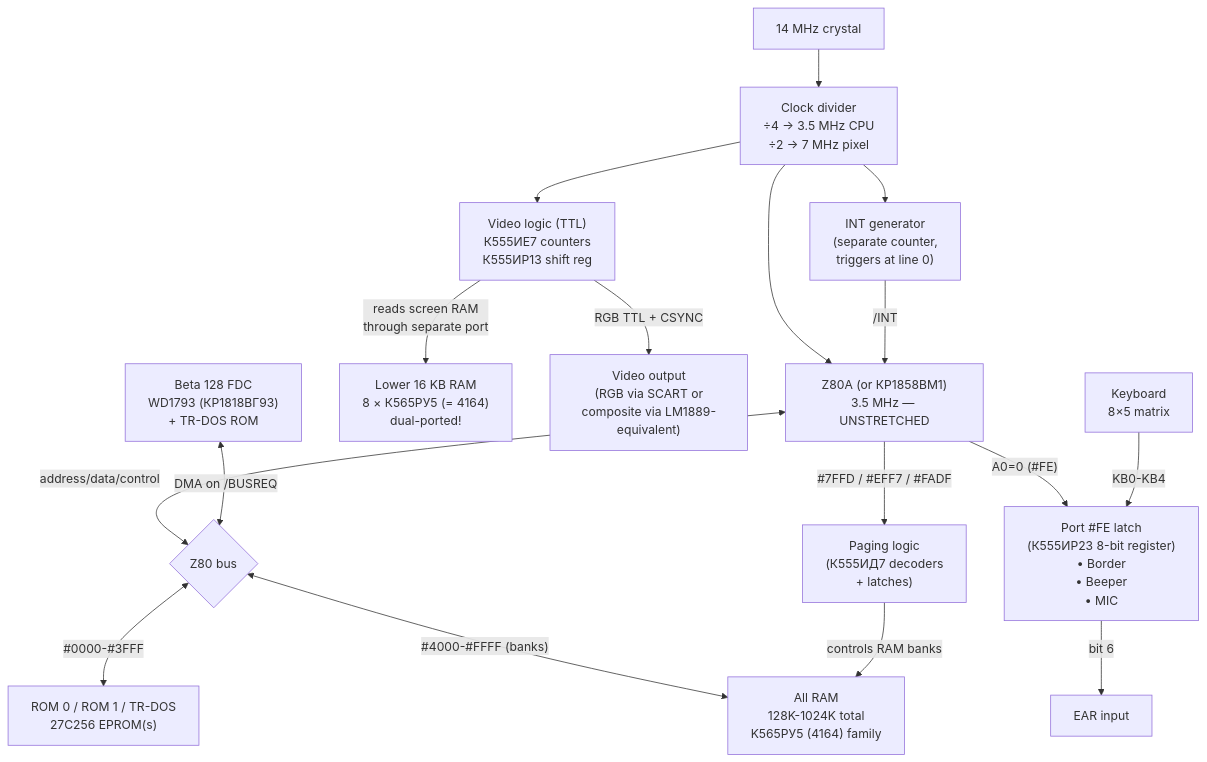
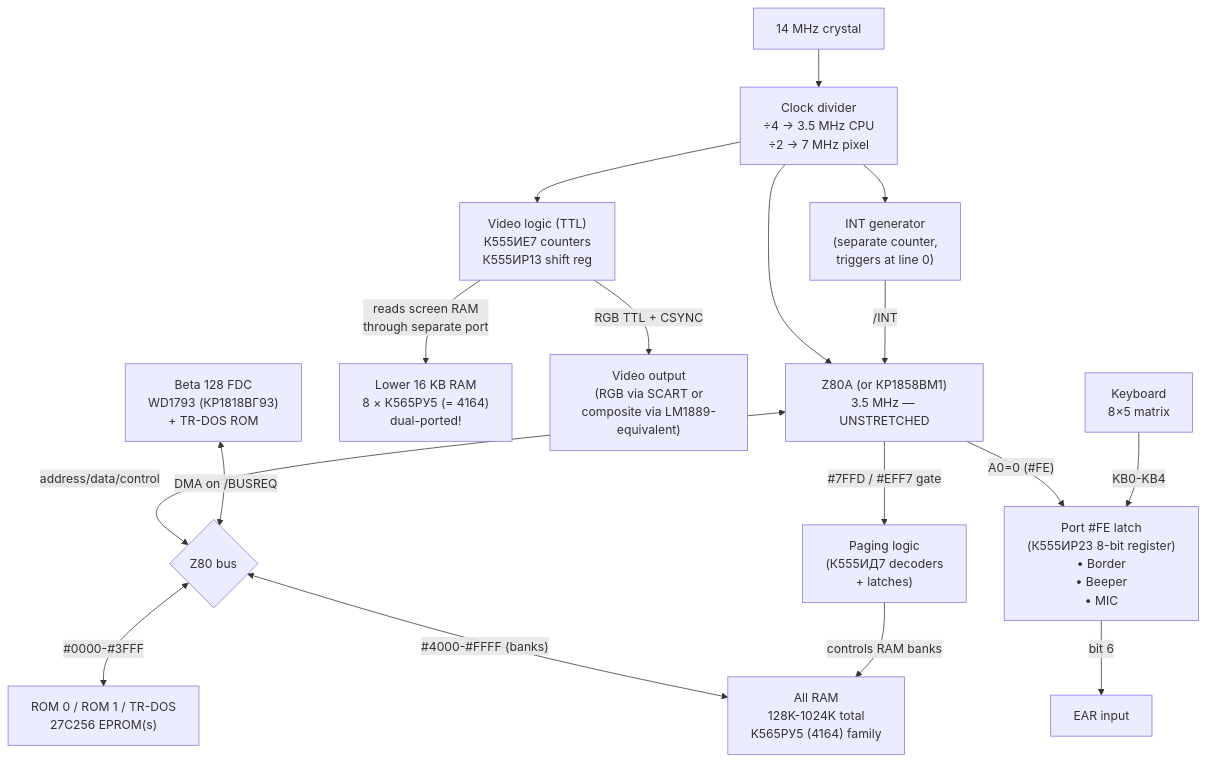
Before and after one commit to alfishe/speccy-bootcamp: the second of 2 diagrams in 02_hardware/clones/pentagon.md, drawn with Mermaid. The commit also changed other lines of this file and 14 other files, not shown here.

Commit message:
docs(zx): rewrite Pentagon 1024 from Born Dead #10 — six-bit #7FFD paging via #EFF7 gate, 74138/74688 decode schematic, mirror-count fixes, #77 myth removal

````diff
--- a/02_hardware/clones/pentagon.md
+++ b/02_hardware/clones/pentagon.md
@@ -80,19 +80,19 @@
 ```mermaid
 flowchart TB
     XTAL["14 MHz crystal"] --> DIV["Clock divider<br/>÷4 → 3.5 MHz CPU<br/>÷2 → 7 MHz pixel"]
     DIV --> CPU["Z80A (or КР1858ВМ1)<br/>3.5 MHz — UNSTRETCHED"]
     DIV --> VIDLOGIC["Video logic (TTL)<br/>К555ИЕ7 counters<br/>К555ИР13 shift reg"]
     VIDLOGIC -->|"reads screen RAM<br/>through separate port"| VRAM["Lower 16 KB RAM<br/>8 × К565РУ5 (= 4164)<br/>dual-ported!"]
     CPU <-->|"address/data/control"| BUS{"Z80 bus"}
     BUS <-->|"#0000-#3FFF"| ROM["ROM 0 / ROM 1 / TR-DOS<br/>27C256 EPROM(s)"]
     BUS <-->|"#4000-#FFFF (banks)"| RAMALL["All RAM<br/>128K-1024K total<br/>K565РУ5 (4164) family"]
     VIDLOGIC -->|"RGB TTL + CSYNC"| VIDOUT["Video output<br/>(RGB via SCART or<br/>composite via LM1889-equivalent)"]
-    CPU -->|"#7FFD / #EFF7 / #FADF"| PAGING["Paging logic<br/>(К555ИД7 decoders<br/>+ latches)"]
+    CPU -->|"#7FFD / #EFF7 gate"| PAGING["Paging logic<br/>(К555ИД7 decoders<br/>+ latches)"]
     PAGING -->|"controls RAM banks"| RAMALL
     DIV --> INTLOGIC["INT generator<br/>(separate counter,<br/>triggers at line 0)"]
     INTLOGIC -->|"/INT"| CPU
     CPU -->|"A0=0 (#FE)"| FEPORT["Port #FE latch<br/>(К555ИР23 8-bit register)<br/>• Border<br/>• Beeper<br/>• MIC"]
     KBD["Keyboard<br/>8×5 matrix"] -->|"KB0-KB4"| FEPORT
     FEPORT -->|"bit 6"| EAR["EAR input"]
     FDC["Beta 128 FDC<br/>WD1793 (КР1818ВГ93)<br/>+ TR-DOS ROM"] <-->|"DMA on /BUSREQ"| BUS
 ```
````
